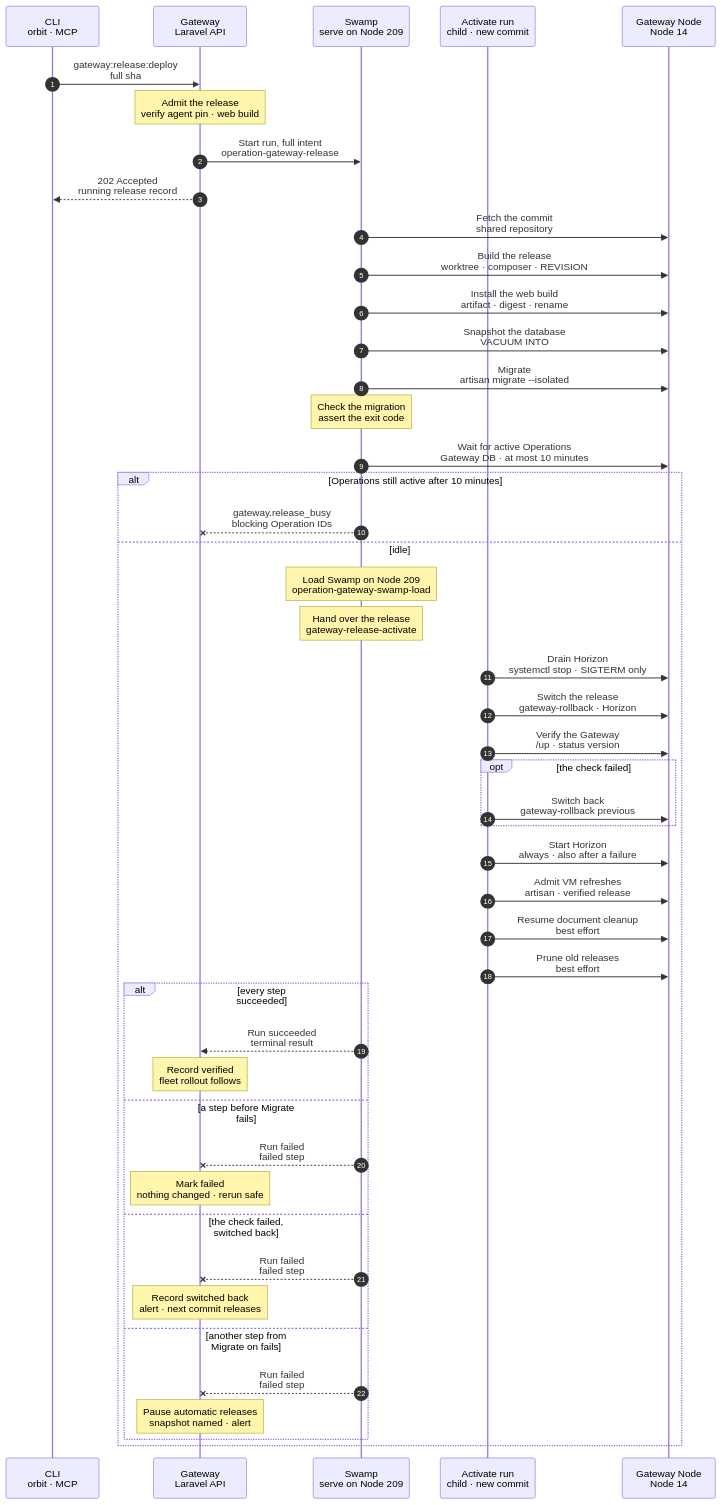
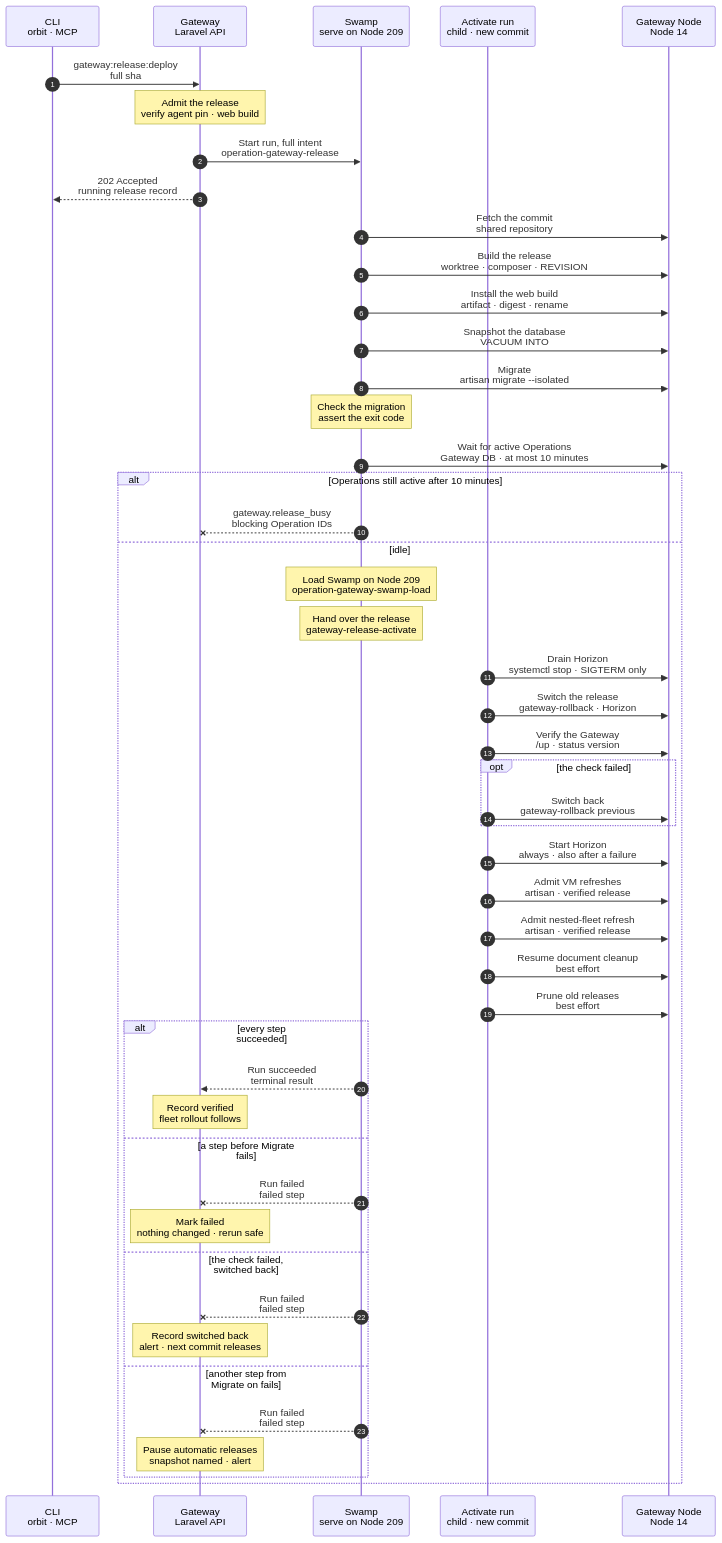
Before and after one commit to hardimpactdev/orbit: the diagram in docs/cli/gateway/release-deploy.mmd, drawn with Mermaid. The commit also changed 27 other files, not shown here.

First line of the commit message:
feat(instances): refresh the nested-fleet default after each release

```diff
--- a/docs/cli/gateway/release-deploy.mmd
+++ b/docs/cli/gateway/release-deploy.mmd
@@ -1,116 +1,120 @@
 sequenceDiagram
   %% Target design: docs/reference/feature-flow.md section 6, one Swamp workflow per Gateway release, manual or automatic.
   %% A failed check switches back; migrations are expand and contract. docs/reference/gateway-recovery.md#release-as-a-swamp-run.
   %% status: draft
   %% command: gateway:release:deploy
   %% kind: gateway.release
   %% behavior name: gateway-release-<step>-209 (fixed)
   autonumber
   %% lane TR icon=terminal pill=caller tone=gray
   %% lane GW icon=gateway pill=intent tone=blue
   %% lane SW icon=workflow pill=executes tone=green
   %% lane AC icon=workflow pill=child tone=green
   %% lane GN icon=server pill=target tone=amber
   participant TR as CLI<br/>orbit · MCP
   participant GW as Gateway<br/>Laravel API
   participant SW as Swamp<br/>serve on Node 209
   participant AC as Activate run<br/>child · new commit
   participant GN as Gateway Node<br/>Node 14
   TR->>GW: gateway:release:deploy<br/>full sha
   %%> Command:
   %%> - `orbit gateway:release:deploy <full sha>`; the automatic tick admits the newest green commit the same way
   Note over GW: Admit the release<br/>verify agent pin · web build
   %%> Requirements:
   %%> - the full commit; no other release queued or running
   %%> - the agent pin passes its Sigstore check; CI published the commit's web build
   %%> Result:
   %%> - a running release record; the pin, artifact, Horizon unit and SSH targets frozen as inputs
   GW->>SW: Start run, full intent<br/>operation-gateway-release
   %%> What it does:
   %%> - at run start, mints one read token (contents, actions) into the vault
   GW-->>TR: 202 Accepted<br/>running release record
   SW->>GN: Fetch the commit<br/>shared repository
   %%> What it does:
   %%> - fetches the commit with the read token when the shared repository lacks it; the token reaches git only in its environment
   %%> Decided by the orchestrator, for review:
   %%> - the fetch is its own step, so that the build runs its script from the commit being released, not from the live release
   SW->>GN: Build the release<br/>worktree · composer · REVISION
   %%> What it does:
   %%> - refuses a commit that does not descend from the current release
   %%> - links shared env and storage, installs dependencies, seals with `REVISION` and a cached config
   %%> - a sealed release of the commit is reused
   SW->>GN: Install the web build<br/>artifact · digest · rename
   SW->>GN: Snapshot the database<br/>VACUUM INTO
   SW->>GN: Migrate<br/>artisan migrate --isolated
   %%> What it does:
   %%> - prints the end of the migration's output and its exit code; a failed exec would keep no output
   Note over SW: Check the migration<br/>assert the exit code
   %%> On failure:
   %%> - from here until the switch, the release pauses with the old release live
   %%> - the record's message ends with the migration's output
   SW->>GN: Wait for active Operations<br/>Gateway DB · at most 10 minutes
   %%> When:
   %%> - before Swamp load, while the old release and Horizon serve
   %%> - every 5 seconds while queued, running or waiting Operations covered by the [release idle guard](/reference/gateway-recovery#release-idle-guard) remain
   %%> Why:
   %%> - admitted execution input can still depend on the running Gateway code
   %%> On failure:
   %%> - refuses with `gateway.release_busy` and the blocking Operation IDs; the old release and Horizon stay live, and automatic releases pause because migrations ran
   alt Operations still active after 10 minutes
     SW--xGW: gateway.release_busy<br/>blocking Operation IDs
   else idle
     Note over SW: Load Swamp on Node 209<br/>operation-gateway-swamp-load
     %%> What it does:
     %%> - the load child: checkout, grants the new release rendered, serve reload
     Note over SW: Hand over the release<br/>gateway-release-activate
     %%> Why:
     %%> - the child runs from the definition the load installed, so the switch runs the new commit's steps
     AC->>GN: Drain Horizon<br/>systemctl stop · SIGTERM only
     %%> What it does:
     %%> - waits until the unit's whole control group is empty, as long as the drain allows; Horizon's jobs open SSH connections of their own, so no shared connection master stays in the group, and the wait covers any other process a job leaves
     %%> - refuses to stop a unit that lacks the stop policy (`KillMode=mixed`, `SendSIGKILL=no`), because it would kill a running job
     %%> On failure:
     %%> - the run fails with `gateway.release_horizon_unit_stale` for a unit without the policy, or `gateway.release_horizon_not_drained` when the unit did not stop in time; Horizon is started again below
     AC->>GN: Switch the release<br/>gateway-rollback · Horizon
     %%> Why:
     %%> - the same script an operator rolls back with: links, PHP-FPM reload, running services restart
     AC->>GN: Verify the Gateway<br/>/up · status version
     opt the check failed
       AC->>GN: Switch back<br/>gateway-rollback previous
     end
     AC->>GN: Start Horizon<br/>always · also after a failure
     %%> Why:
     %%> - the release drained Horizon, so every end of the run leaves it running: the old release after a failed drain or a switch back, the new one after a verified switch
     %%> - starting a running unit changes nothing
     %%> Decided by the orchestrator, for review:
     %%> - the drain relies on the unit's stop policy alone; the rollback script no longer starts a stopped Horizon, because this step does after every end of the run
     AC->>GN: Admit VM refreshes<br/>artisan · verified release
     %%> Held hosts:
     %%> - the step output names each held host as `skipped:operator_hold`; no refresh Operation starts for it
     %%> What it does:
     %%> - only after verification succeeds and Start Horizon finishes, admits one `task_vm.image_refresh` per task VM host without an image refresh hold with the new release's artisan
     %%> - the new Horizon workers consume the queued start jobs; the release waits only for admission, never for refresh completion
-    %%> Planned:
-    %%> - the step also admits the refresh of the nested-fleet default on each switched-on Node (container/fleet-refresh.mmd); the `task_vm.image_refresh` admission goes when the last proof runs in containers
     %%> On failure:
     %%> - best effort: admission failure never fails the release
+    AC->>GN: Admit nested-fleet refresh<br/>artisan · verified release
+    %%> What it does:
+    %%> - after the same checks, admits one `instance.deploy` to the release commit for each nested-fleet default on a switched-on Node (instance/container/fleet-refresh.mmd)
+    %%> - with no such default it prints one line and admits nothing; it never calls the task VM refresh
+    %%> On failure:
+    %%> - best effort: a refusal or a failed admission never fails the release, and nothing waits for the refresh
     AC->>GN: Resume document cleanup<br/>best effort
     %%> Why:
     %%> - the scheduler restart paused the release cleanups; one that stays paused never fails the release
     AC->>GN: Prune old releases<br/>best effort
     alt every step succeeded
       SW-->>GW: Run succeeded<br/>terminal result
       Note over GW: Record verified<br/>fleet rollout follows
       %%> Next:
       %%> - the Gateway queues one `fleet.rollout` admission for the Nodes behind this commit (`fleet:rollout`)
     else a step before Migrate fails
       SW--xGW: Run failed<br/>failed step
       Note over GW: Mark failed<br/>nothing changed · rerun safe
     else the check failed, switched back
       SW--xGW: Run failed<br/>failed step
       Note over GW: Record switched back<br/>alert · next commit releases
     else another step from Migrate on fails
       SW--xGW: Run failed<br/>failed step
       Note over GW: Pause automatic releases<br/>snapshot named · alert
     end
   end
```
